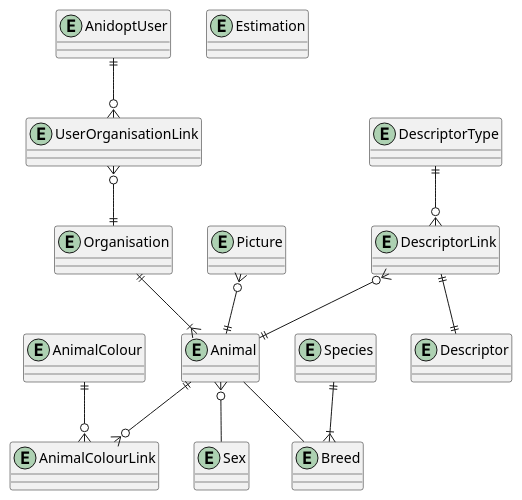
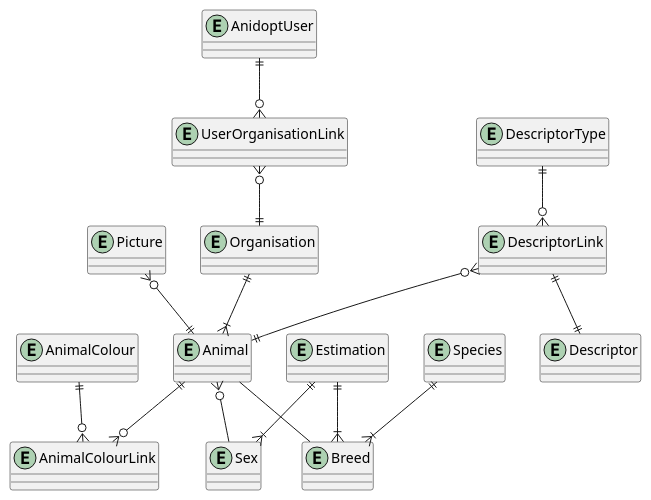
Before and after one commit to aidan-bailey/Anidopt: the diagram in Diagrams/db.plantuml, drawn with PlantUML.

```diff
--- a/Diagrams/db.plantuml
+++ b/Diagrams/db.plantuml
@@ -1,29 +1,31 @@
 @startuml
 entity AnidoptUser {}
 entity Animal {}
 entity AnimalColour {}
 entity AnimalColourLink {}
 entity Breed {}
 entity Descriptor {}
 entity DescriptorLink {}
 entity DescriptorType {}
 entity Estimation {}
 entity Organisation {}
 entity Picture {}
 entity Sex {}
 entity Species {}
 entity UserOrganisationLink {}
 
 AnidoptUser ||--o{ UserOrganisationLink
 UserOrganisationLink }o--|| Organisation
 Animal -- Breed
 Animal }o-- Sex
 Species ||--|{ Breed
 Organisation ||--|{ Animal
 AnimalColour ||--o{ AnimalColourLink
 Animal ||--o{ AnimalColourLink
 Picture }o--|| Animal
 DescriptorType ||--o{ DescriptorLink
 DescriptorLink ||--|| Descriptor
 DescriptorLink }o--|| Animal
+Estimation ||--|{ Sex
+Estimation ||--|{ Breed
 @enduml
```
